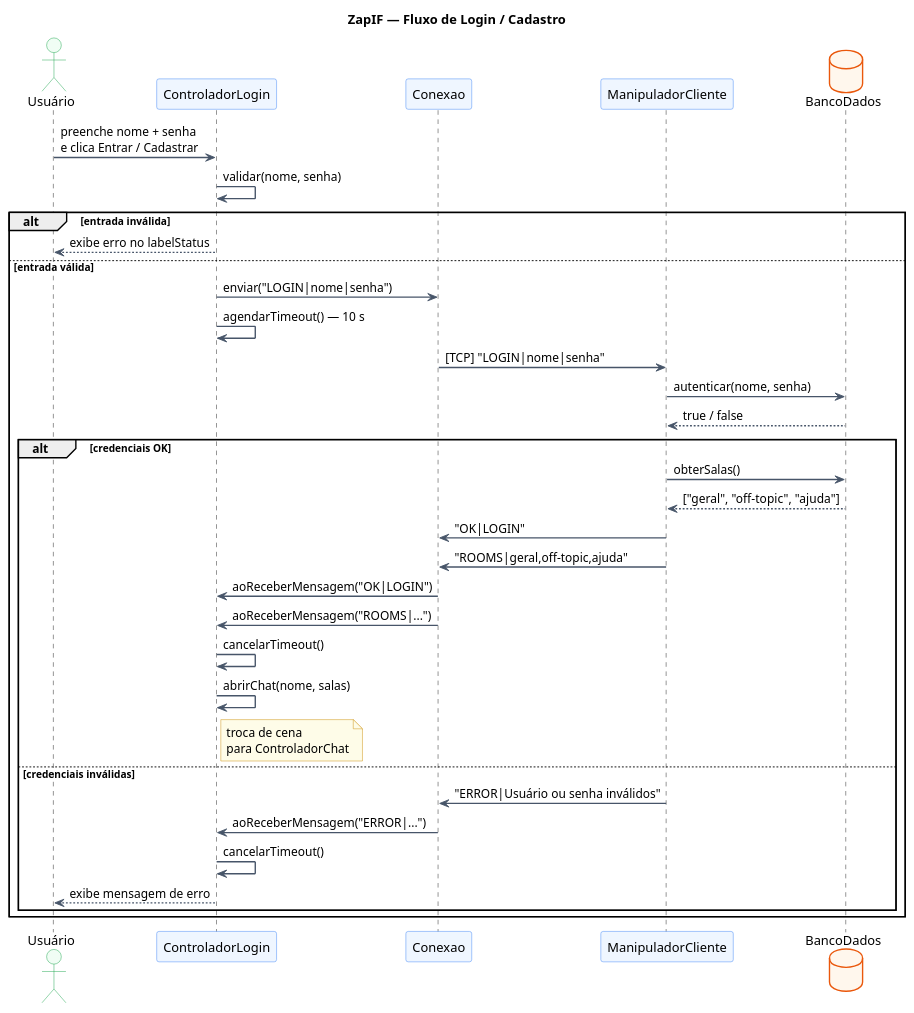
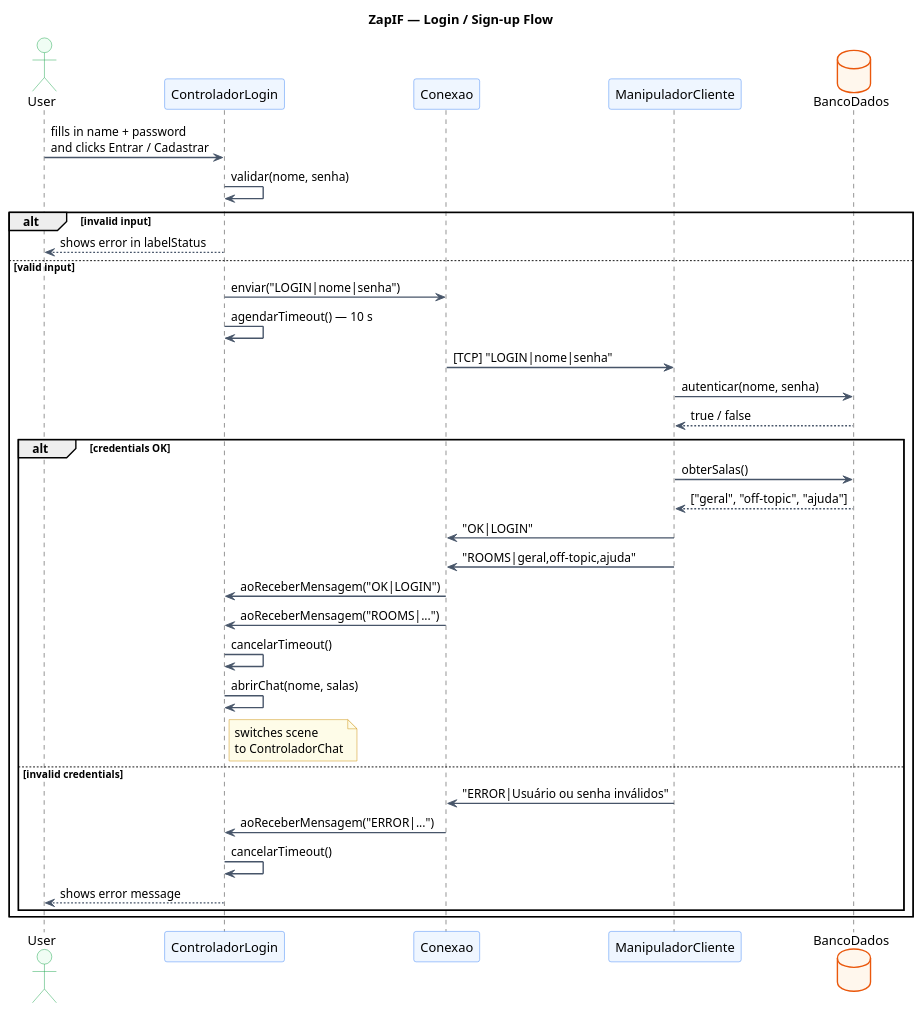
Before and after one commit to ErickHTF/ZapIF: the first of 3 diagrams in uml/puml/diagrams.puml, drawn with PlantUML. The commit also changed other lines of this file and 11 other files, not shown here.

```diff
--- a/uml/puml/diagrams.puml
+++ b/uml/puml/diagrams.puml
@@ -18,55 +18,55 @@
 @startuml sequencia_login
-title ZapIF — Fluxo de Login / Cadastro
+title ZapIF — Login / Sign-up Flow
 
 skinparam Shadowing false
 skinparam SequenceArrowThickness 1.5
 skinparam SequenceBoxBackgroundColor #F8FAFC
 skinparam SequenceBoxBorderColor #94A3B8
 skinparam ActorBackgroundColor #F0FDF4
 skinparam ActorBorderColor #16A34A
 skinparam ParticipantBackgroundColor #EFF6FF
 skinparam ParticipantBorderColor #3B82F6
 skinparam DatabaseBackgroundColor #FFF7ED
 skinparam DatabaseBorderColor #EA580C
 skinparam ArrowColor #475569
 skinparam NoteBackgroundColor #FEFCE8
 skinparam NoteBorderColor #CA8A04
 
-actor       "Usuário"         as U
+actor       "User"            as U
 participant "ControladorLogin" as CL
 participant "Conexao"          as CN
 participant "ManipuladorCliente" as MC
 database    "BancoDados"       as BD
 
-U  -> CL : preenche nome + senha\ne clica Entrar / Cadastrar
+U  -> CL : fills in name + password\nand clicks Entrar / Cadastrar
 CL -> CL : validar(nome, senha)
 
-alt entrada inválida
-    CL --> U : exibe erro no labelStatus
-else entrada válida
+alt invalid input
+    CL --> U : shows error in labelStatus
+else valid input
 
     CL -> CN : enviar("LOGIN|nome|senha")
     CL -> CL : agendarTimeout() — 10 s
 
     CN -> MC : [TCP] "LOGIN|nome|senha"
     MC -> BD : autenticar(nome, senha)
     BD --> MC : true / false
 
-    alt credenciais OK
+    alt credentials OK
         MC -> BD : obterSalas()
         BD --> MC : ["geral", "off-topic", "ajuda"]
         MC -> CN : "OK|LOGIN"
         MC -> CN : "ROOMS|geral,off-topic,ajuda"
         CN -> CL : aoReceberMensagem("OK|LOGIN")
         CN -> CL : aoReceberMensagem("ROOMS|...")
         CL -> CL : cancelarTimeout()
         CL -> CL : abrirChat(nome, salas)
-        note right of CL : troca de cena\npara ControladorChat
-    else credenciais inválidas
+        note right of CL : switches scene\nto ControladorChat
+    else invalid credentials
         MC -> CN : "ERROR|Usuário ou senha inválidos"
         CN -> CL : aoReceberMensagem("ERROR|...")
         CL -> CL : cancelarTimeout()
-        CL --> U : exibe mensagem de erro
+        CL --> U : shows error message
     end
 end
 @enduml
```
